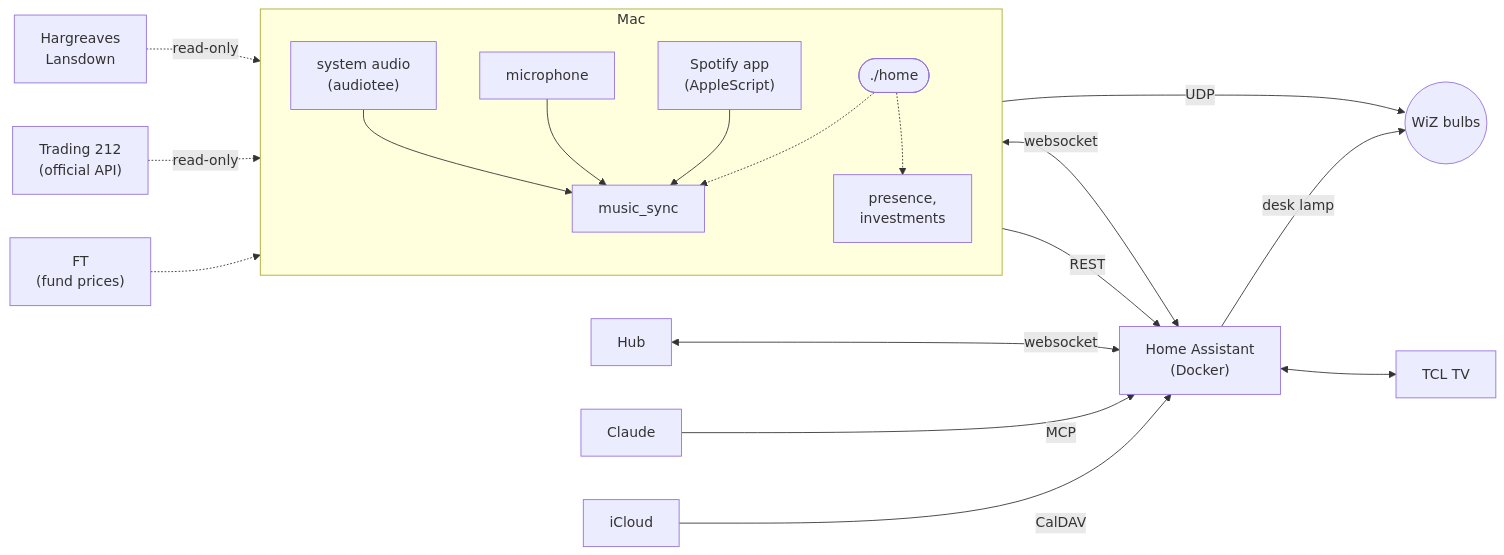
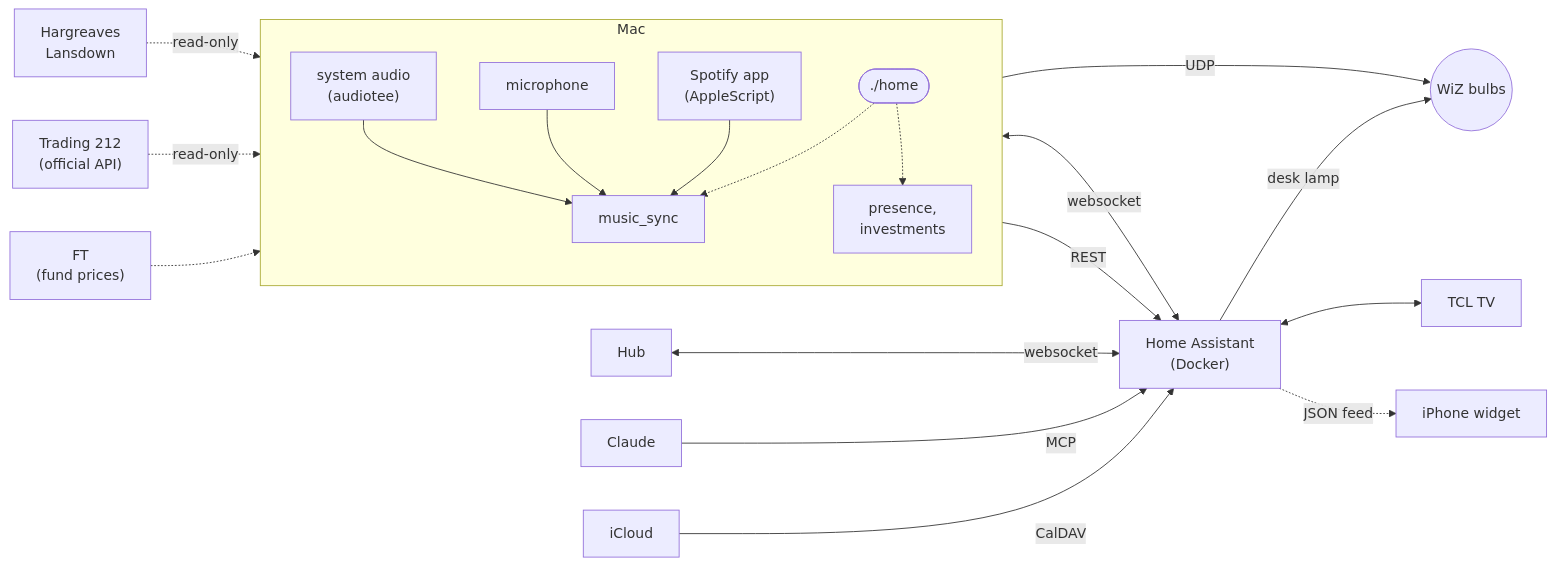
One commit to sidharrth2002/home-automation changed the diagram in README.md. Above: the diagram before and after it, drawn with Mermaid. The commit also changed other lines of this file and 6 other files, not shown here.

First line of the commit message:
iPhone widget: a Scriptable script and the private feed behind it

````diff
--- a/README.md
+++ b/README.md
@@ -45,38 +47,40 @@
 ```mermaid
 flowchart LR
     subgraph Mac
         direction TB
         audio["system audio<br/>(audiotee)"]
         mic["microphone"]
         spotify["Spotify app<br/>(AppleScript)"]
         sync["music_sync"]
         side["presence,<br/>investments"]
         sup(["./home"])
         audio --> sync
         mic --> sync
         spotify --> sync
         sup -.-> sync & side
     end
 
     ha["Home Assistant<br/>(Docker)"]
     bulbs(("WiZ bulbs"))
     tv["TCL TV"]
     hub["Hub"]
+    phone["iPhone widget"]
     claude["Claude"]
     icloud["iCloud"]
     hl["Hargreaves<br/>Lansdown"]
     t212["Trading 212<br/>(official API)"]
     ft["FT<br/>(fund prices)"]
 
     sync -- UDP --> bulbs
     sync <-- websocket --> ha
     side -- REST --> ha
     hl -. read-only .-> side
     t212 -. read-only .-> side
     ft -.-> side
     ha -- desk lamp --> bulbs
     ha <--> tv
     icloud -- CalDAV --> ha
     hub <-- websocket --> ha
+    ha -. JSON feed .-> phone
     claude -- MCP --> ha
 ```
````
